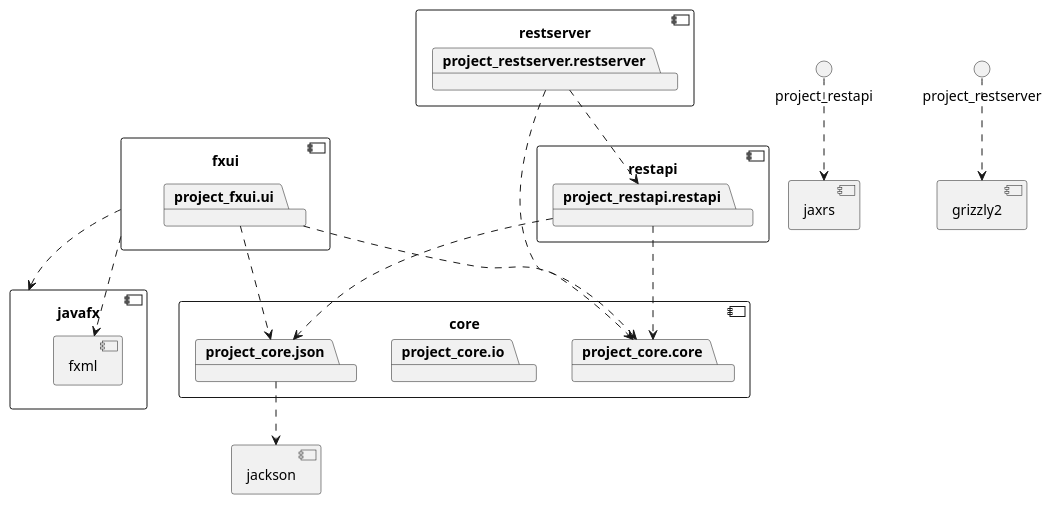
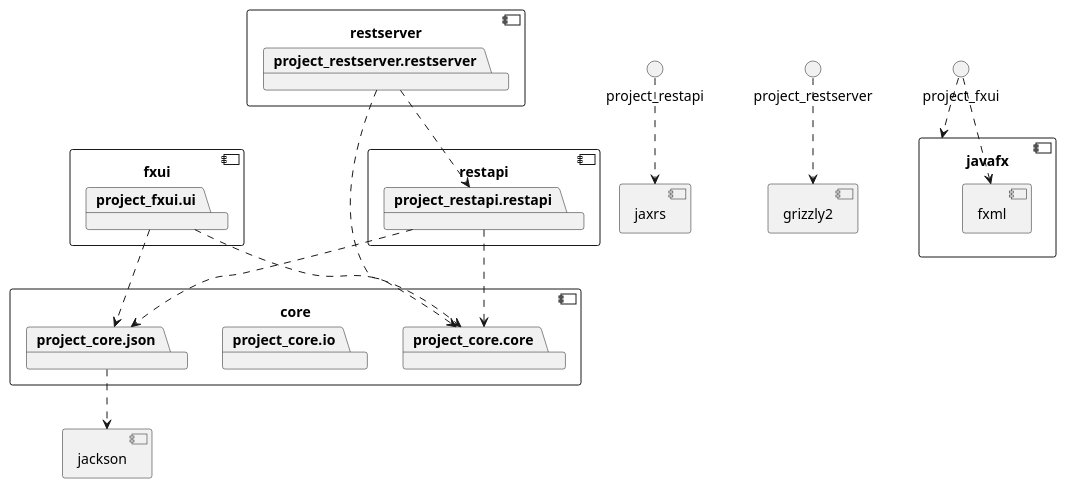
The diagram in project/readme.md (ErlendMariusOmmundsen/Messaging-App), drawn with PlantUML before and after one commit. The commit also changed other lines of this file, not shown here.

Commit message:
#33 - work on diagram
fixed typo

````diff
--- a/project/readme.md
+++ b/project/readme.md
@@ -98,54 +98,52 @@
 ```plantuml
 
 component core {
 	package project_core.core
 	package project_core.io
 	package project_core.json
 }
 
 component jackson {
 }
 
 project_core.json ..> jackson
 
 component fxui {
 	package project_fxui.ui
 }
 
 project_fxui.ui ..> project_core.core
 project_fxui.ui ..> project_core.json
 
 component restapi {
 	package project_restapi.restapi
 }
 
 component javafx {
 	component fxml {
 	}
 }
 
-fxui ..> javafx
-fxui ..> fxml
+project_fxui ..> javafx
+project_fxui ..> fxml
 
 project_restapi.restapi ..> project_core.core
 project_restapi.restapi ..> project_core.json
 
 component jaxrs {
 }
 
 project_restapi ..> jaxrs
 
 component restserver {
 	package project_restserver.restserver
 }
 
 project_restserver.restserver ..> project_core.core
 project_restserver.restserver ..> project_restapi.restapi
 
 component grizzly2 {
 }
 
 project_restserver ..> grizzly2
-
-
 ```
````
